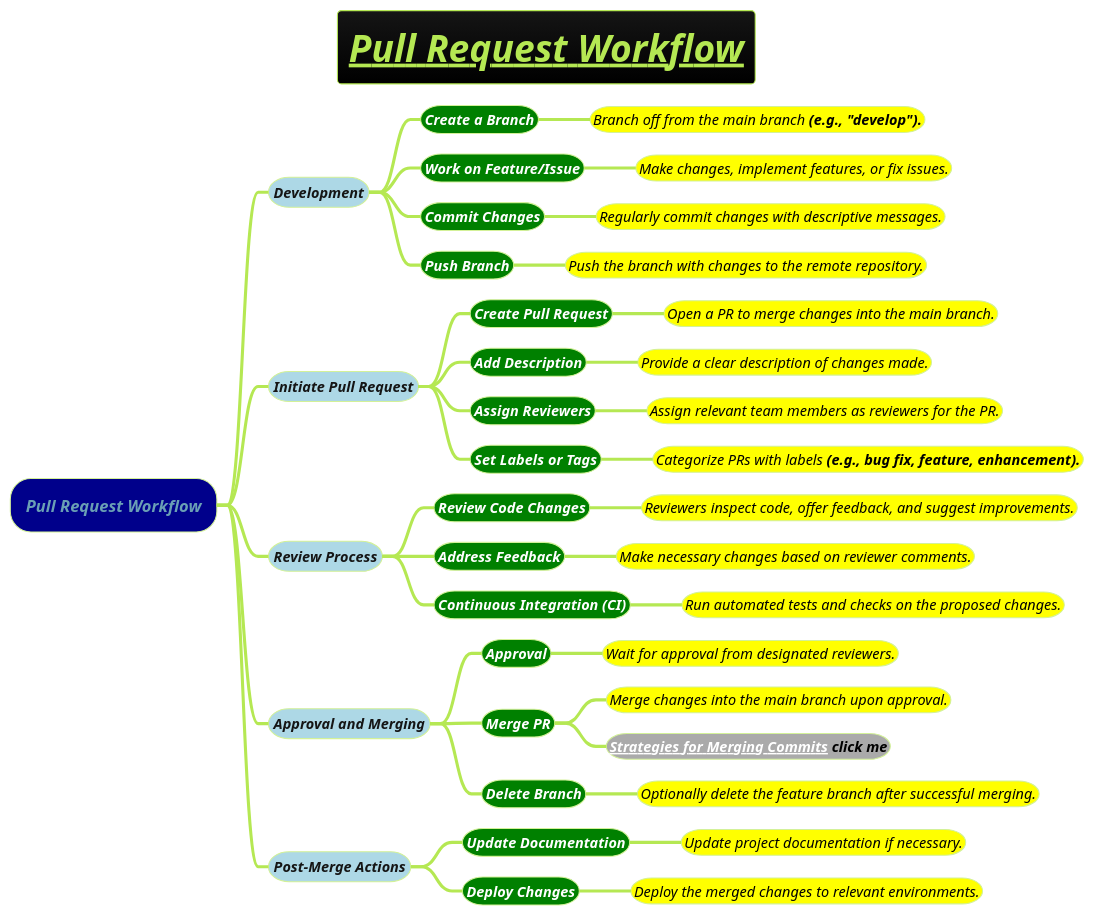
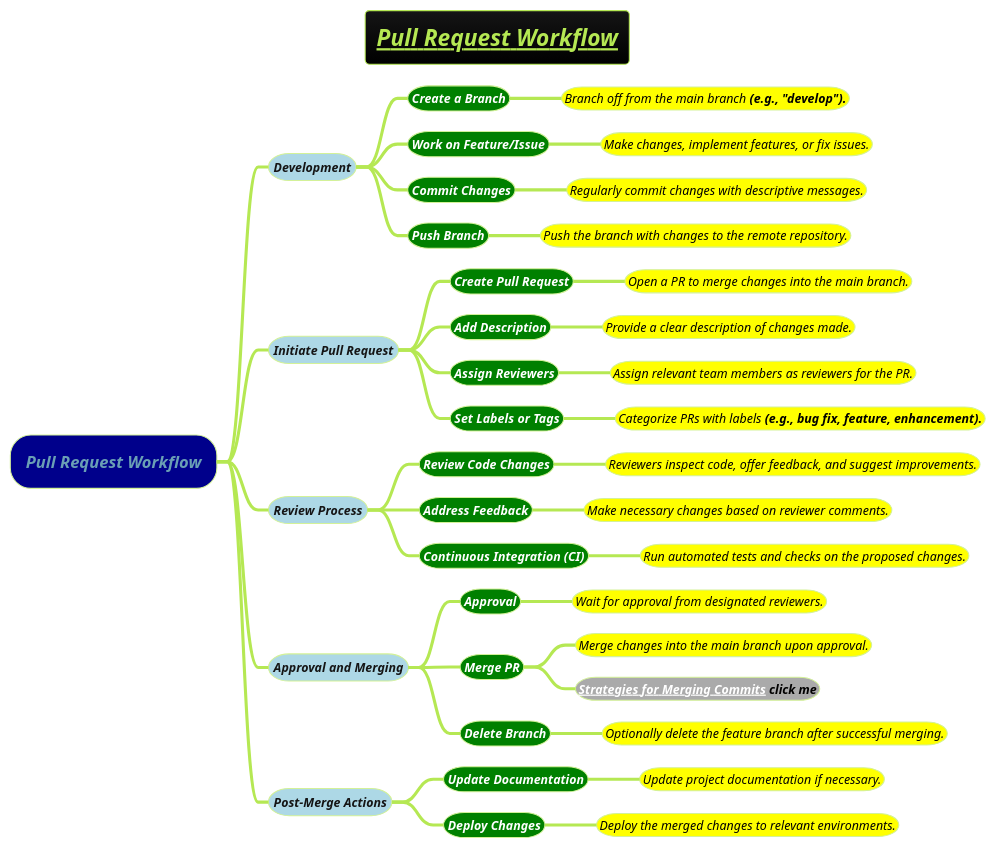
One commit to MehmoodHashmi/Documentation-as-Code-DaC changed the diagram in docs/3-devops/git/Pull-Request-Workflow.puml. Above: the diagram before and after it, drawn with PlantUML. The commit also changed 1 other file, not shown here.

```diff
--- a/docs/3-devops/git/Pull-Request-Workflow.puml
+++ b/docs/3-devops/git/Pull-Request-Workflow.puml
@@ -1,45 +1,45 @@
 @startmindmap
-title =<i><b><u>Pull Request Workflow
+title =<i><b><u><size:18>Pull Request Workflow
 !theme hacker
 
 *[#darkblue] <i>Pull Request Workflow
-**[#lightblue] <i><color #blac><size:14>Development
-***[#green] <b><i><color #white><size:14>Create a Branch
-****[#yellow] <i><color #black><size:14>Branch off from the main branch <b>(e.g., "develop").
-***[#green] <b><i><color #white><size:14>Work on Feature/Issue
-****[#yellow] <i><color #black><size:14>Make changes, implement features, or fix issues.
-***[#green] <b><i><color #white><size:14>Commit Changes
-****[#yellow] <i><color #black><size:14>Regularly commit changes with descriptive messages.
-***[#green] <b><i><color #white><size:14>Push Branch
-****[#yellow] <i><color #black><size:14>Push the branch with changes to the remote repository.
-**[#lightblue] <i><color #blac><size:14>Initiate Pull Request
-***[#green] <b><i><color #white><size:14>Create Pull Request
-****[#yellow] <i><color #black><size:14>Open a PR to merge changes into the main branch.
-***[#green] <b><i><color #white><size:14>Add Description
-****[#yellow] <i><color #black><size:14>Provide a clear description of changes made.
-***[#green] <b><i><color #white><size:14>Assign Reviewers
-****[#yellow] <i><color #black><size:14>Assign relevant team members as reviewers for the PR.
-***[#green] <b><i><color #white><size:14>Set Labels or Tags
-****[#yellow] <i><color #black><size:14>Categorize PRs with labels <b>(e.g., bug fix, feature, enhancement).
-**[#lightblue] <i><color #blac><size:14>Review Process
-***[#green] <b><i><color #white><size:14>Review Code Changes
-****[#yellow] <i><color #black><size:14>Reviewers inspect code, offer feedback, and suggest improvements.
-***[#green] <b><i><color #white><size:14>Address Feedback
-****[#yellow] <i><color #black><size:14>Make necessary changes based on reviewer comments.
-***[#green] <b><i><color #white><size:14>Continuous Integration <b>(CI)
-****[#yellow] <i><color #black><size:14>Run automated tests and checks on the proposed changes.
-**[#lightblue] <i><color #blac><size:14>Approval and Merging
-***[#green] <b><i><color #white><size:14>Approval
-****[#yellow] <i><color #black><size:14>Wait for approval from designated reviewers.
-***[#green] <b><i><color #white><size:14>Merge PR
-****[#yellow] <i><color #black><size:14>Merge changes into the main branch upon approval.
-****[#a] <b><i><color #black><size:14>[[docs/3-devops/git/Strategies-for-Merging-Commits.puml Strategies for Merging Commits]] click me
+**[#lightblue] <i><color #blac><size:12>Development
+***[#green] <b><i><color #white><size:12>Create a Branch
+****[#yellow] <i><color #black><size:12>Branch off from the main branch <b>(e.g., "develop").
+***[#green] <b><i><color #white><size:12>Work on Feature/Issue
+****[#yellow] <i><color #black><size:12>Make changes, implement features, or fix issues.
+***[#green] <b><i><color #white><size:12>Commit Changes
+****[#yellow] <i><color #black><size:12>Regularly commit changes with descriptive messages.
+***[#green] <b><i><color #white><size:12>Push Branch
+****[#yellow] <i><color #black><size:12>Push the branch with changes to the remote repository.
+**[#lightblue] <i><color #blac><size:12>Initiate Pull Request
+***[#green] <b><i><color #white><size:12>Create Pull Request
+****[#yellow] <i><color #black><size:12>Open a PR to merge changes into the main branch.
+***[#green] <b><i><color #white><size:12>Add Description
+****[#yellow] <i><color #black><size:12>Provide a clear description of changes made.
+***[#green] <b><i><color #white><size:12>Assign Reviewers
+****[#yellow] <i><color #black><size:12>Assign relevant team members as reviewers for the PR.
+***[#green] <b><i><color #white><size:12>Set Labels or Tags
+****[#yellow] <i><color #black><size:12>Categorize PRs with labels <b>(e.g., bug fix, feature, enhancement).
+**[#lightblue] <i><color #blac><size:12>Review Process
+***[#green] <b><i><color #white><size:12>Review Code Changes
+****[#yellow] <i><color #black><size:12>Reviewers inspect code, offer feedback, and suggest improvements.
+***[#green] <b><i><color #white><size:12>Address Feedback
+****[#yellow] <i><color #black><size:12>Make necessary changes based on reviewer comments.
+***[#green] <b><i><color #white><size:12>Continuous Integration <b>(CI)
+****[#yellow] <i><color #black><size:12>Run automated tests and checks on the proposed changes.
+**[#lightblue] <i><color #blac><size:12>Approval and Merging
+***[#green] <b><i><color #white><size:12>Approval
+****[#yellow] <i><color #black><size:12>Wait for approval from designated reviewers.
+***[#green] <b><i><color #white><size:12>Merge PR
+****[#yellow] <i><color #black><size:12>Merge changes into the main branch upon approval.
+****[#a] <b><i><color #black><size:12>[[docs/3-devops/git/Strategies-for-Merging-Commits.puml Strategies for Merging Commits]] click me
 
-***[#green] <b><i><color #white><size:14>Delete Branch
-****[#yellow] <i><color #black><size:14>Optionally delete the feature branch after successful merging.
-**[#lightblue] <i><color #blac><size:14>Post-Merge Actions
-***[#green] <b><i><color #white><size:14>Update Documentation
-****[#yellow] <i><color #black><size:14>Update project documentation if necessary.
-***[#green] <b><i><color #white><size:14>Deploy Changes
-****[#yellow] <i><color #black><size:14>Deploy the merged changes to relevant environments.
+***[#green] <b><i><color #white><size:12>Delete Branch
+****[#yellow] <i><color #black><size:12>Optionally delete the feature branch after successful merging.
+**[#lightblue] <i><color #blac><size:12>Post-Merge Actions
+***[#green] <b><i><color #white><size:12>Update Documentation
+****[#yellow] <i><color #black><size:12>Update project documentation if necessary.
+***[#green] <b><i><color #white><size:12>Deploy Changes
+****[#yellow] <i><color #black><size:12>Deploy the merged changes to relevant environments.
 @endmindmap
```
